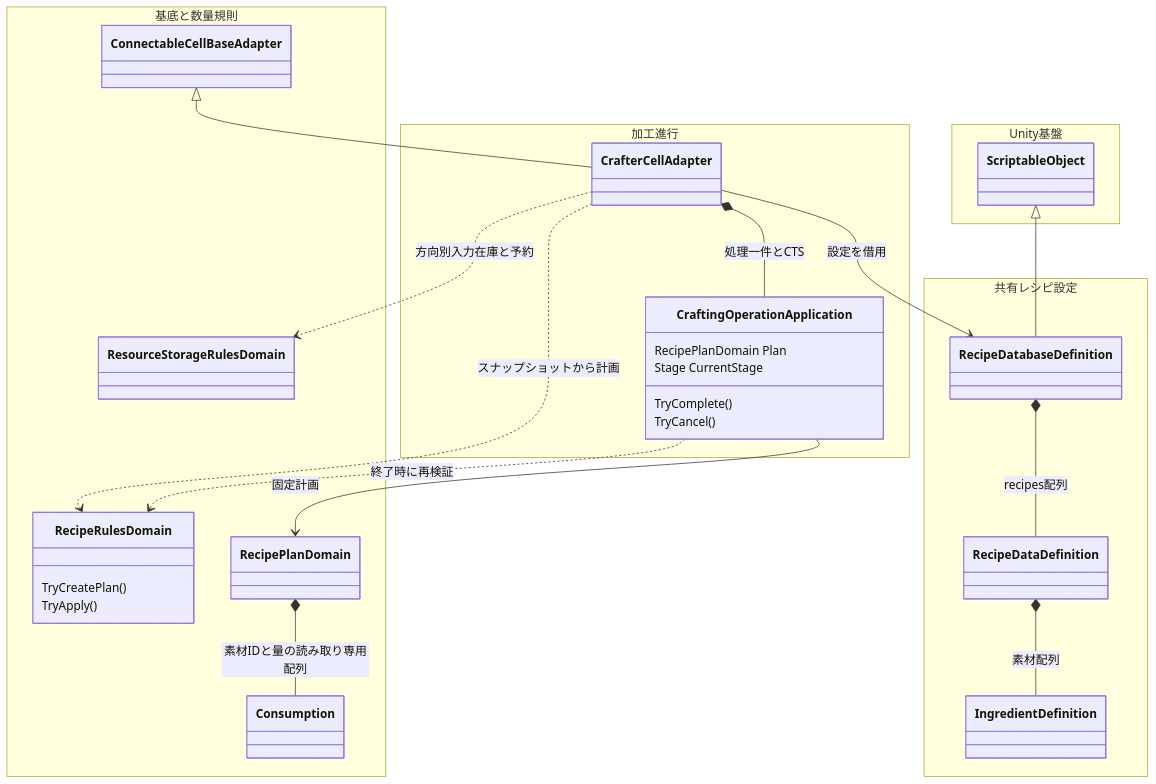
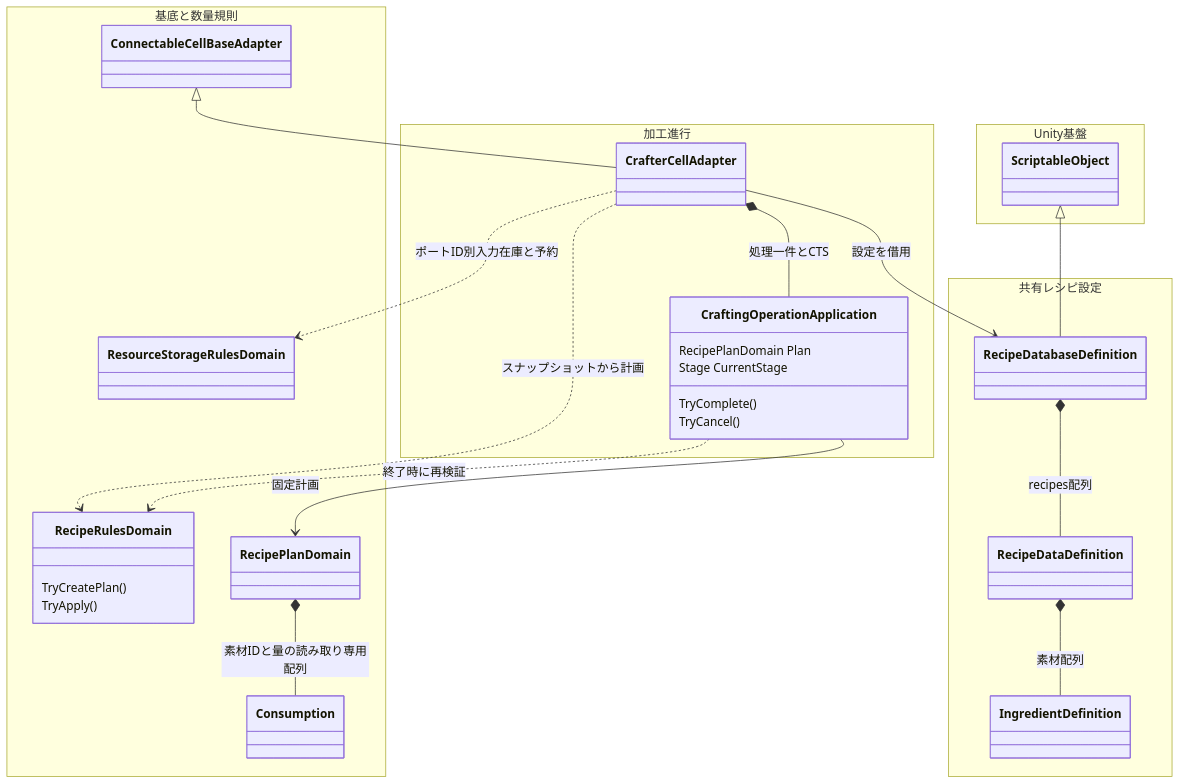
Before and after one commit to AoiTomiyama/FactoryGame: the third of 3 diagrams in docs/design/architecture-transfers-crafting.md, drawn with Mermaid. The commit also changed other lines of this file and 12 other files, not shown here.

````diff
--- a/docs/design/architecture-transfers-crafting.md
+++ b/docs/design/architecture-transfers-crafting.md
@@ -112,41 +113,41 @@
 ```mermaid
 classDiagram
  namespace 基底と数量規則 {
  class ConnectableCellBaseAdapter
  class RecipeRulesDomain {
   TryCreatePlan()
   TryApply()
  }
  class RecipePlanDomain
  class Consumption
  class ResourceStorageRulesDomain
  }
  namespace 加工進行 {
  class CrafterCellAdapter
  class CraftingOperationApplication {
   RecipePlanDomain Plan
   Stage CurrentStage
   TryComplete()
   TryCancel()
  }
  }
  namespace 共有レシピ設定 {
  class RecipeDatabaseDefinition
  class RecipeDataDefinition
  class IngredientDefinition
  }
  namespace Unity基盤 {
  class ScriptableObject
  }
  ConnectableCellBaseAdapter <|-- CrafterCellAdapter
  CrafterCellAdapter --> RecipeDatabaseDefinition : 設定を借用
  ScriptableObject <|-- RecipeDatabaseDefinition
  RecipeDatabaseDefinition *-- RecipeDataDefinition : recipes配列
  RecipeDataDefinition *-- IngredientDefinition : 素材配列
  CrafterCellAdapter *-- CraftingOperationApplication : 処理一件とCTS
  CrafterCellAdapter ..> RecipeRulesDomain : スナップショットから計画
  CraftingOperationApplication --> RecipePlanDomain : 固定計画
  RecipePlanDomain *-- Consumption : 素材IDと量の読み取り専用配列
  CraftingOperationApplication ..> RecipeRulesDomain : 終了時に再検証
- CrafterCellAdapter ..> ResourceStorageRulesDomain : 方向別入力在庫と予約
+ CrafterCellAdapter ..> ResourceStorageRulesDomain : ポートID別入力在庫と予約
 ```
````
